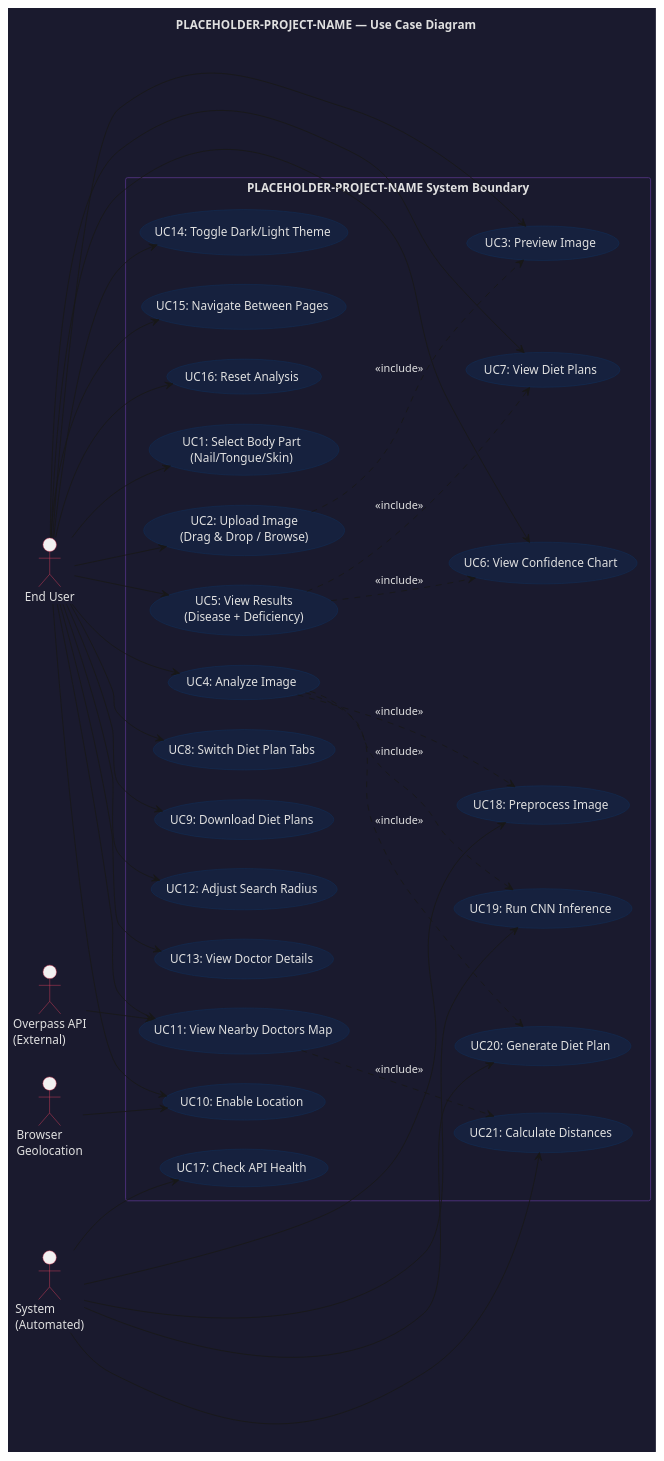
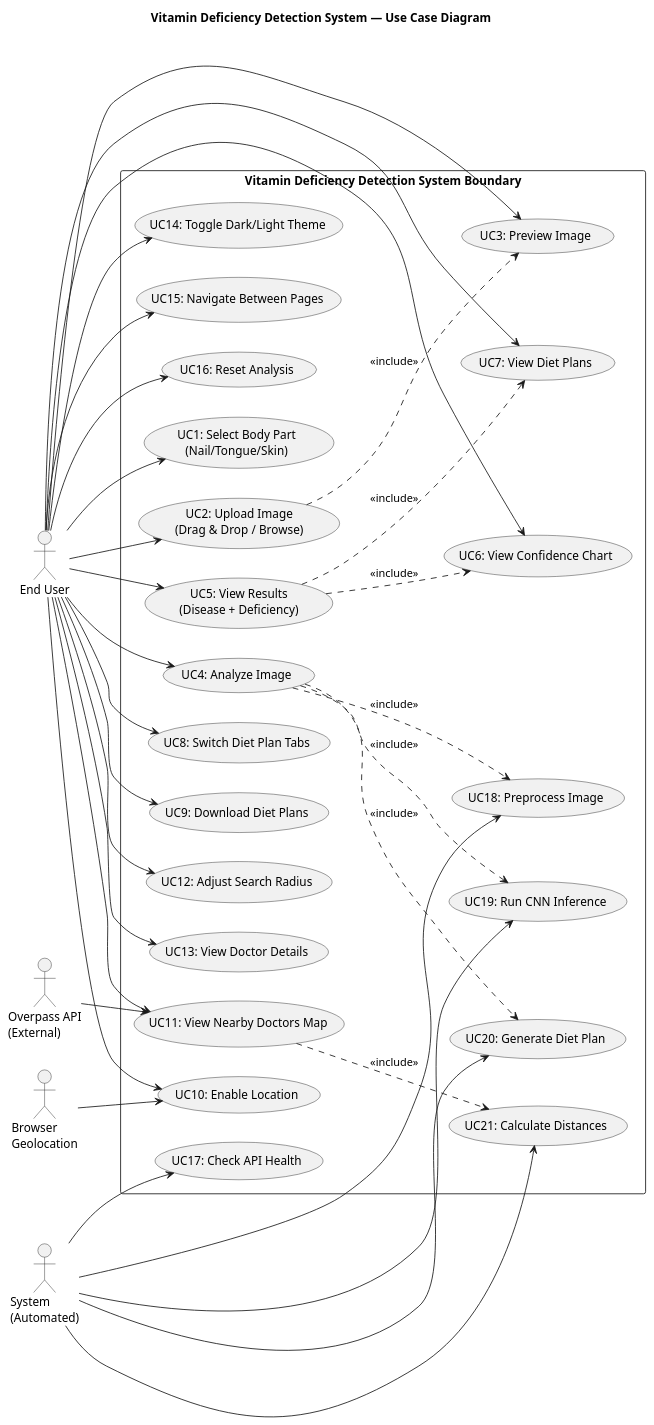
One commit to hahahasini/new-project changed the diagram in documentation/diagrams/usecase.puml. Above: the diagram before and after it, drawn with PlantUML. The commit also changed 76 other files, not shown here.

```diff
--- a/documentation/diagrams/usecase.puml
+++ b/documentation/diagrams/usecase.puml
@@ -1,85 +1,77 @@
 @startuml usecase
 ' ================================================================
-' PLACEHOLDER-PROJECT-NAME — Use Case Diagram
-' Vitamin Deficiency Detection System
+' Vitamin Deficiency Detection System — Use Case Diagram
 ' ================================================================
 
-skinparam backgroundColor #1a1a2e
-skinparam defaultFontColor #e0e0e0
-skinparam usecaseBackgroundColor #16213e
-skinparam usecaseBorderColor #0f3460
-skinparam actorBorderColor #e94560
-skinparam packageBorderColor #533483
-
-title PLACEHOLDER-PROJECT-NAME — Use Case Diagram
+title Vitamin Deficiency Detection System — Use Case Diagram
 
 left to right direction
 
 actor "End User" as User
 actor "System\n(Automated)" as System
 actor "Overpass API\n(External)" as Overpass
 actor "Browser\nGeolocation" as Geo
 
-rectangle "PLACEHOLDER-PROJECT-NAME System Boundary" {
+rectangle "Vitamin Deficiency Detection System Boundary" {
     usecase "UC1: Select Body Part\n(Nail/Tongue/Skin)" as UC1
     usecase "UC2: Upload Image\n(Drag & Drop / Browse)" as UC2
     usecase "UC3: Preview Image" as UC3
     usecase "UC4: Analyze Image" as UC4
     usecase "UC5: View Results\n(Disease + Deficiency)" as UC5
     usecase "UC6: View Confidence Chart" as UC6
     usecase "UC7: View Diet Plans" as UC7
     usecase "UC8: Switch Diet Plan Tabs" as UC8
     usecase "UC9: Download Diet Plans" as UC9
     usecase "UC10: Enable Location" as UC10
     usecase "UC11: View Nearby Doctors Map" as UC11
     usecase "UC12: Adjust Search Radius" as UC12
     usecase "UC13: View Doctor Details" as UC13
     usecase "UC14: Toggle Dark/Light Theme" as UC14
     usecase "UC15: Navigate Between Pages" as UC15
     usecase "UC16: Reset Analysis" as UC16
     usecase "UC17: Check API Health" as UC17
     usecase "UC18: Preprocess Image" as UC18
     usecase "UC19: Run CNN Inference" as UC19
     usecase "UC20: Generate Diet Plan" as UC20
     usecase "UC21: Calculate Distances" as UC21
 }
 
 ' User interactions
 User --> UC1
 User --> UC2
 User --> UC3
 User --> UC4
 User --> UC5
 User --> UC6
 User --> UC7
 User --> UC8
 User --> UC9
 User --> UC10
 User --> UC11
 User --> UC12
 User --> UC13
 User --> UC14
 User --> UC15
 User --> UC16
 
 ' System automated
 System --> UC17
 System --> UC18
 System --> UC19
 System --> UC20
 System --> UC21
 
 ' External actors
 Overpass --> UC11
 Geo --> UC10
 
 ' Relationships
 UC4 ..> UC18 : <<include>>
 UC4 ..> UC19 : <<include>>
 UC4 ..> UC20 : <<include>>
 UC5 ..> UC6 : <<include>>
 UC5 ..> UC7 : <<include>>
 UC11 ..> UC21 : <<include>>
 UC2 ..> UC3 : <<include>>
 
 @enduml
```
